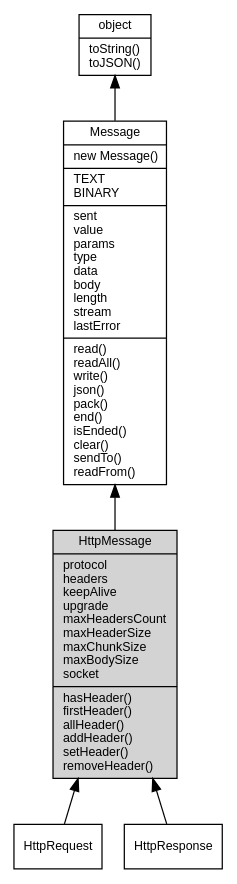
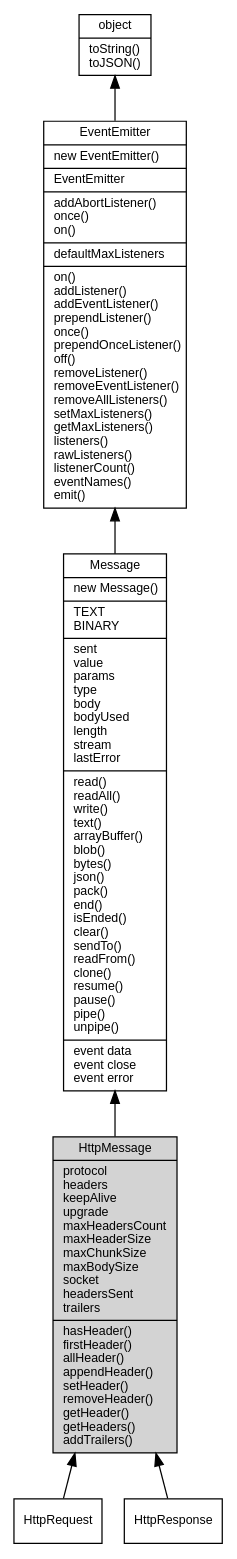
Before and after one commit to fibjs/fibjs.org: the diagram in docs/manual/object/ifs/HttpMessage.md, drawn with Graphviz. The commit also changed other lines of this file and 148 other files, not shown here.

First line of the commit message:
feat: add ZlibCodec documentation and update object graph

````diff
--- a/docs/manual/object/ifs/HttpMessage.md
+++ b/docs/manual/object/ifs/HttpMessage.md
@@ -5,16 +5,18 @@
 ```dot
 digraph {
     node [fontname="Helvetica,sans-Serif", fontsize=10, shape="record", style="filled", fillcolor="white"];
 
     object [tooltip="object", URL="object.md", label="{object|toString()\ltoJSON()\l}"];
-    Message [tooltip="Message", URL="Message.md", label="{Message|new Message()\l|TEXT\lBINARY\l|sent\lvalue\lparams\ltype\ldata\lbody\llength\lstream\llastError\l|read()\lreadAll()\lwrite()\ljson()\lpack()\lend()\lisEnded()\lclear()\lsendTo()\lreadFrom()\l}"];
-    HttpMessage [tooltip="HttpMessage", fillcolor="lightgray", id="me", label="{HttpMessage|protocol\lheaders\lkeepAlive\lupgrade\lmaxHeadersCount\lmaxHeaderSize\lmaxChunkSize\lmaxBodySize\lsocket\l|hasHeader()\lfirstHeader()\lallHeader()\laddHeader()\lsetHeader()\lremoveHeader()\l}"];
+    EventEmitter [tooltip="EventEmitter", URL="EventEmitter.md", label="{EventEmitter|new EventEmitter()\l|EventEmitter\l|addAbortListener()\lonce()\lon()\l|defaultMaxListeners\l|on()\laddListener()\laddEventListener()\lprependListener()\lonce()\lprependOnceListener()\loff()\lremoveListener()\lremoveEventListener()\lremoveAllListeners()\lsetMaxListeners()\lgetMaxListeners()\llisteners()\lrawListeners()\llistenerCount()\leventNames()\lemit()\l}"];
+    Message [tooltip="Message", URL="Message.md", label="{Message|new Message()\l|TEXT\lBINARY\l|sent\lvalue\lparams\ltype\lbody\lbodyUsed\llength\lstream\llastError\l|read()\lreadAll()\lwrite()\ltext()\larrayBuffer()\lblob()\lbytes()\ljson()\lpack()\lend()\lisEnded()\lclear()\lsendTo()\lreadFrom()\lclone()\lresume()\lpause()\lpipe()\lunpipe()\l|event data\levent close\levent error\l}"];
+    HttpMessage [tooltip="HttpMessage", fillcolor="lightgray", id="me", label="{HttpMessage|protocol\lheaders\lkeepAlive\lupgrade\lmaxHeadersCount\lmaxHeaderSize\lmaxChunkSize\lmaxBodySize\lsocket\lheadersSent\ltrailers\l|hasHeader()\lfirstHeader()\lallHeader()\lappendHeader()\lsetHeader()\lremoveHeader()\lgetHeader()\lgetHeaders()\laddTrailers()\l}"];
     HttpRequest [tooltip="HttpRequest", URL="HttpRequest.md", label="{HttpRequest}"];
     HttpResponse [tooltip="HttpResponse", URL="HttpResponse.md", label="{HttpResponse}"];
 
-    object -> Message [dir=back];
+    object -> EventEmitter [dir=back];
+    EventEmitter -> Message [dir=back];
     Message -> HttpMessage [dir=back];
     HttpMessage -> HttpRequest [dir=back];
     HttpMessage -> HttpResponse [dir=back];
 }
 ```
````
